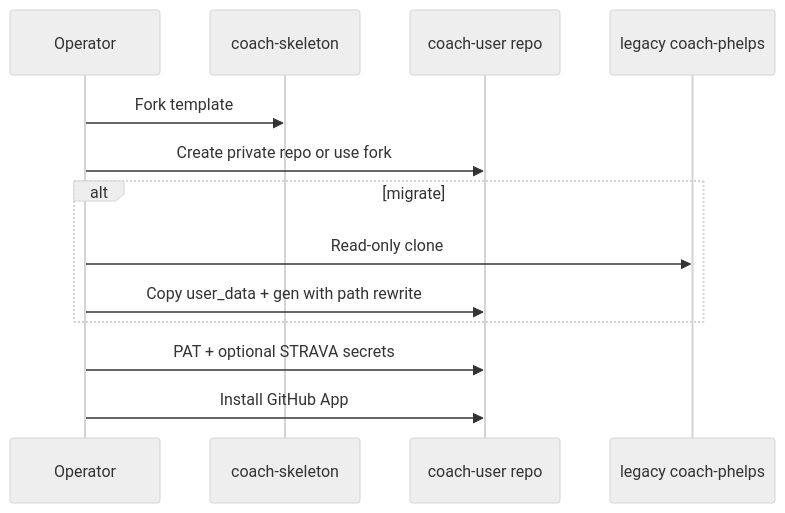
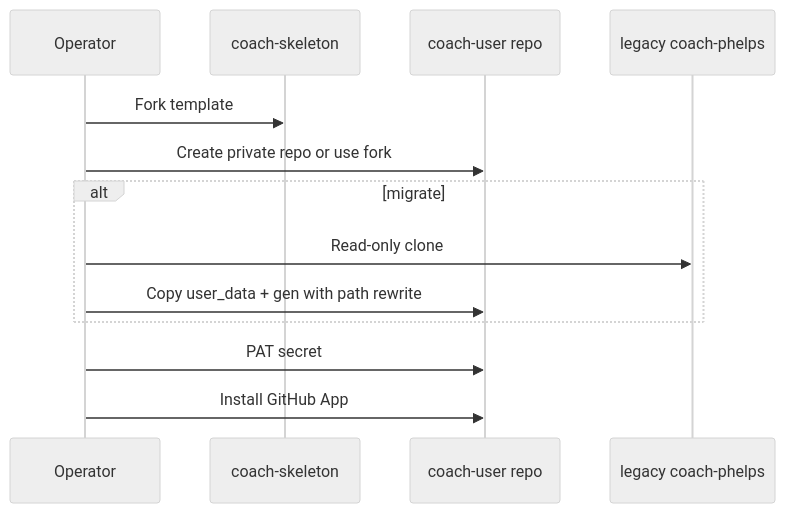
The third of 4 diagrams in docs/m1-plan.md (sibling-shipyard/coach-hq), drawn with Mermaid (neutral theme) before and after one commit. The commit also changed other lines of this file and 16 other files, not shown here.

````diff
--- a/docs/m1-plan.md
+++ b/docs/m1-plan.md
@@ -165,15 +170,15 @@
 ```mermaid
 sequenceDiagram
   participant Op as Operator
   participant Skel as coach-skeleton
   participant GH as coach-user repo
   participant Legacy as legacy coach-phelps
   Op->>Skel: Fork template
   Op->>GH: Create private repo or use fork
   alt migrate
     Op->>Legacy: Read-only clone
     Op->>GH: Copy user_data + gen with path rewrite
   end
-  Op->>GH: PAT + optional STRAVA secrets
+  Op->>GH: PAT secret
   Op->>GH: Install GitHub App
 ```
````
